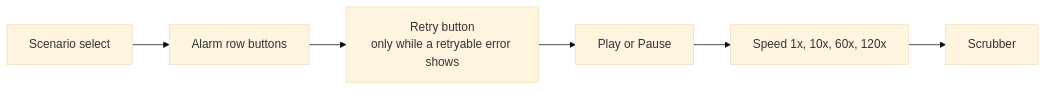
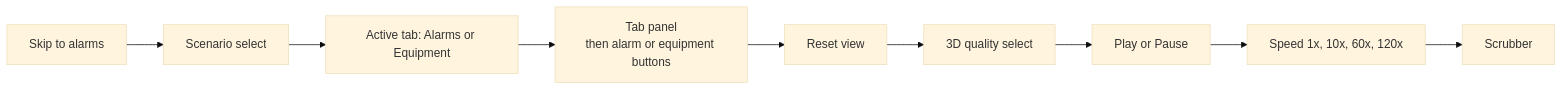
The second of 2 diagrams in docs/reference/ACCESSIBILITY.md (Nagdy8888/PlumeTrace), drawn with Mermaid (base theme) before and after one commit. The commit also changed other lines of this file and 41 other files, not shown here.

````diff
--- a/docs/reference/ACCESSIBILITY.md
+++ b/docs/reference/ACCESSIBILITY.md
@@ -49,8 +84,11 @@
 ```mermaid
 flowchart LR
-    A["Scenario select"] --> B["Alarm row buttons"]
-    B --> C["Retry button<br/>only while a retryable error shows"]
-    C --> D["Play or Pause"]
+    S["Skip to alarms"] --> A["Scenario select"]
+    A --> T["Active tab: Alarms or Equipment"]
+    T --> P["Tab panel<br/>then alarm or equipment buttons"]
+    P --> R["Reset view"]
+    R --> Q["3D quality select"]
+    Q --> D["Play or Pause"]
     D --> E["Speed 1x, 10x, 60x, 120x"]
     E --> F["Scrubber"]
 ```
````
